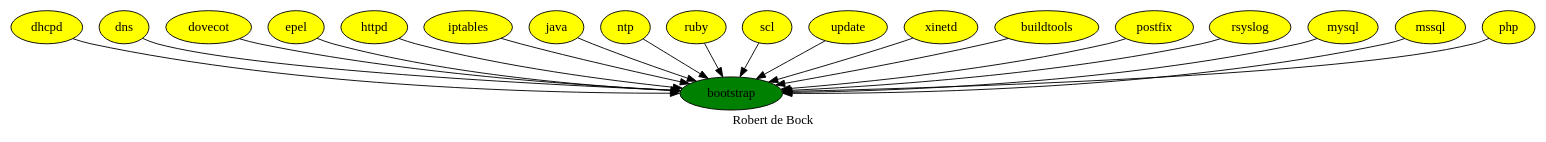
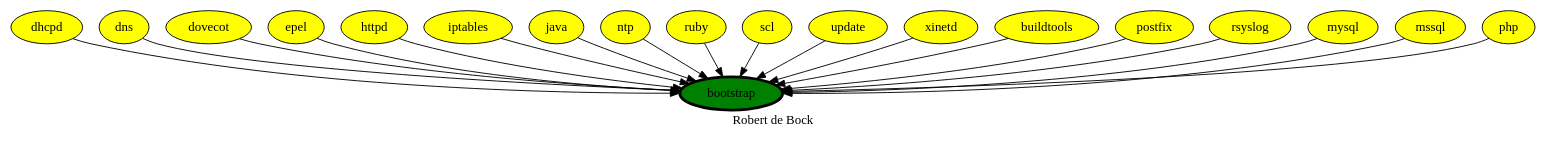
Before and after one commit to robertdebock/robertdebock.github.io: the diagram in bootstrap.dot, drawn with Graphviz. The commit also changed 24 other files, not shown here.

```diff
--- a/bootstrap.dot
+++ b/bootstrap.dot
@@ -1,26 +1,26 @@
 digraph PhiloDilemma {
   label = "Robert de Bock" ;
   overlap=false
   {
-    bootstrap [fillcolor=green style=filled]
+    bootstrap [fillcolor=green style=filled penwidth=3]
     dhcpd [fillcolor=yellow style=filled]
     dns [fillcolor=yellow style=filled]
     dovecot [fillcolor=yellow style=filled]
     epel [fillcolor=yellow style=filled]    
     httpd [fillcolor=yellow style=filled]
     iptables [fillcolor=yellow style=filled]
     java [fillcolor=yellow style=filled]
     ntp [fillcolor=yellow style=filled]
     ruby [fillcolor=yellow style=filled]
     scl [fillcolor=yellow style=filled]
     update [fillcolor=yellow style=filled]
     xinetd [fillcolor=yellow style=filled]
     buildtools [fillcolor=yellow style=filled]
     postfix [fillcolor=yellow style=filled]
     rsyslog [fillcolor=yellow style=filled]
     mysql [fillcolor=yellow style=filled]
     mssql [fillcolor=yellow style=filled]
     php [fillcolor=yellow style=filled]
   }
   {buildtools dhcpd dns dovecot epel httpd iptables java mysql mssql ntp php postfix rsyslog ruby scl update xinetd} -> bootstrap
 }
```
